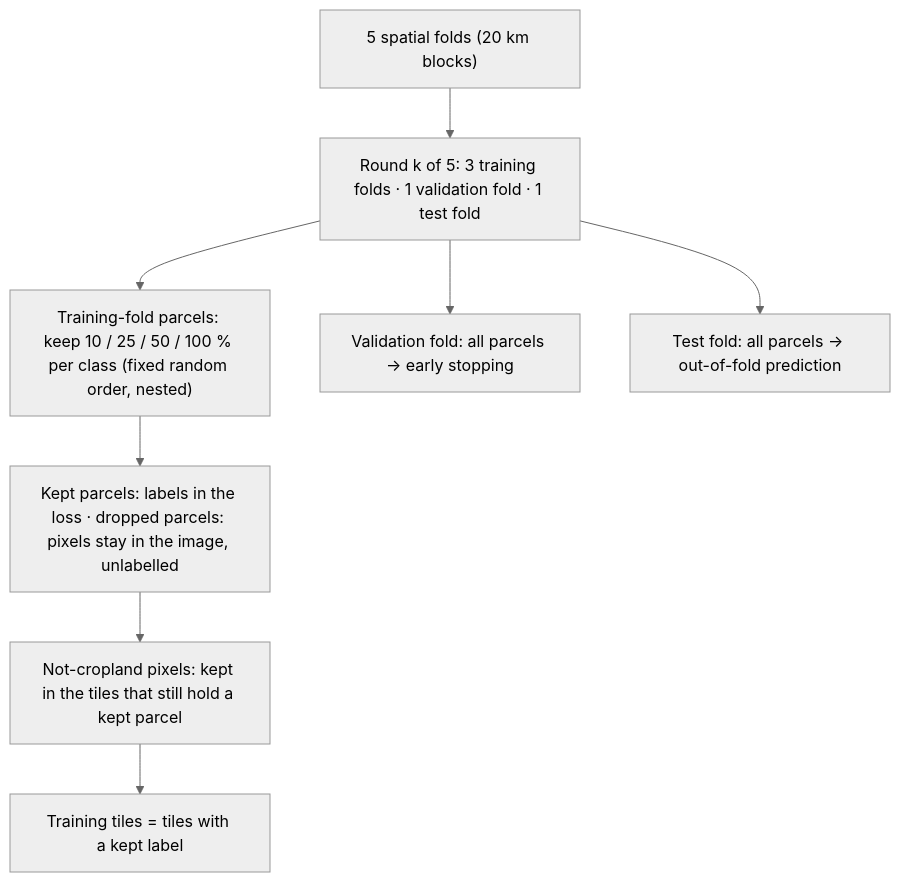
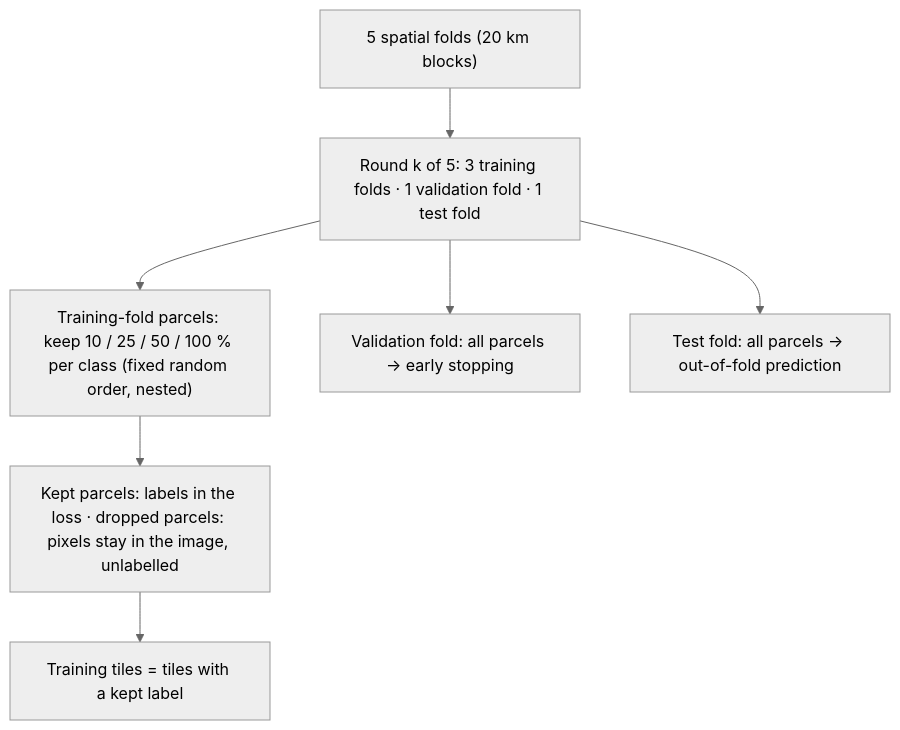
Before and after one commit to amanchry/irrimapping-geofm: the third of 4 diagrams in docs/experiments/E05_prithvi_strategies.md, drawn with Mermaid (neutral theme). The commit also changed other lines of this file and 179 other files, not shown here.

````diff
--- a/docs/experiments/E05_prithvi_strategies.md
+++ b/docs/experiments/E05_prithvi_strategies.md
@@ -116,10 +123,9 @@
 ```mermaid
 flowchart TD
     A["5 spatial folds (20 km blocks)"] --> B["Round k of 5: 3 training folds · 1 validation fold · 1 test fold"]
     B --> C["Training-fold parcels: keep 10 / 25 / 50 / 100 % per class (fixed random order, nested)"]
     C --> D["Kept parcels: labels in the loss · dropped parcels: pixels stay in the image, unlabelled"]
-    D --> E["Not-cropland pixels: kept in the tiles that still hold a kept parcel"]
-    E --> F["Training tiles = tiles with a kept label"]
+    D --> F["Training tiles = tiles with a kept label"]
     B --> G["Validation fold: all parcels → early stopping"]
     B --> H["Test fold: all parcels → out-of-fold prediction"]
 ```
````
